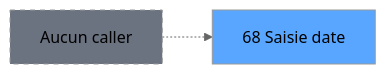
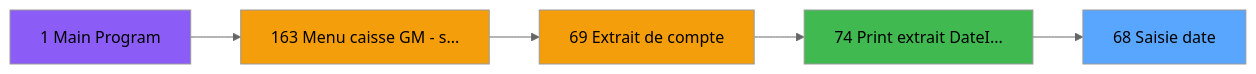
The second of 3 diagrams in .openspec/specs/ADH-IDE-68.md (thonyAGP/magic-migration), drawn with Mermaid (neutral theme) before and after one commit. The commit also changed other lines of this file and 253 other files, not shown here.

````diff
--- a/.openspec/specs/ADH-IDE-68.md
+++ b/.openspec/specs/ADH-IDE-68.md
@@ -188,8 +396,17 @@
 ```mermaid
 graph LR
     T68[68 Saisie date]
     style T68 fill:#58a6ff
-    NONE[Aucun caller]
-    NONE -.-> T68
-    style NONE fill:#6b7280,stroke-dasharray: 5 5
+    CC1[1 Main Program]
+    style CC1 fill:#8b5cf6
+    CC163[163 Menu caisse GM - s...]
+    style CC163 fill:#f59e0b
+    CC69[69 Extrait de compte]
+    style CC69 fill:#f59e0b
+    CC74[74 Print extrait DateI...]
+    style CC74 fill:#3fb950
+    CC69 --> CC74
+    CC163 --> CC69
+    CC1 --> CC163
+    CC74 --> T68
 ```
````
